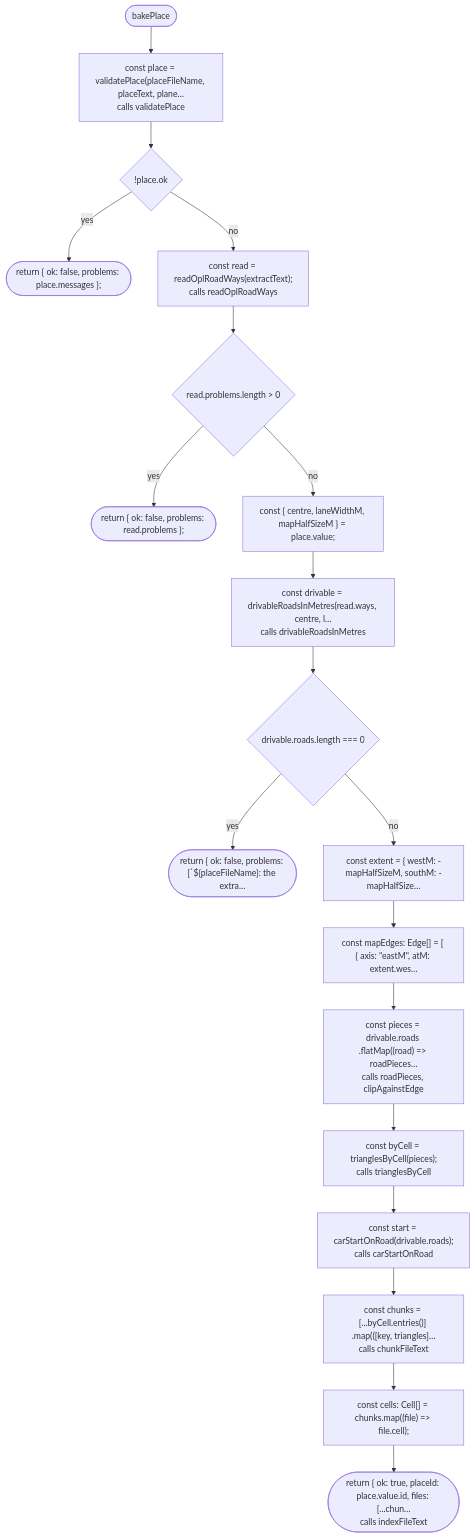
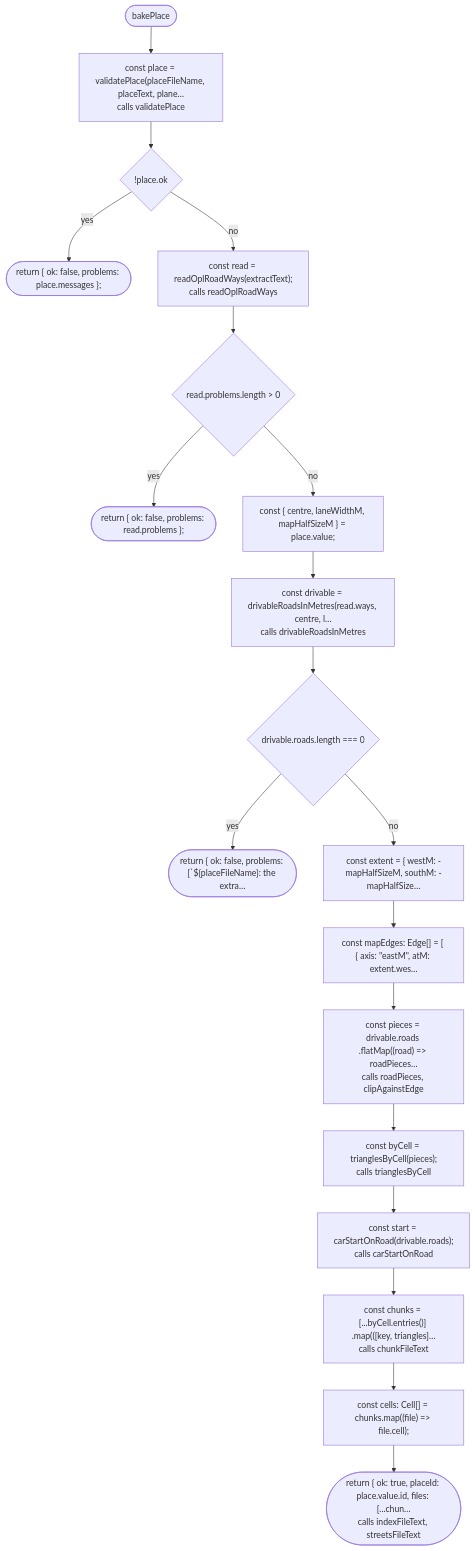
The first of 2 diagrams in docs/flows/tools/bake/bake.md (NewDara-Star/world-engine), drawn with Mermaid before and after one commit. The commit also changed 58 other files, not shown here.

````diff
--- a/docs/flows/tools/bake/bake.md
+++ b/docs/flows/tools/bake/bake.md
@@ -7,40 +7,40 @@
 ```mermaid
 flowchart TD
   n1(["bakePlace"])
   n2["const place = validatePlace(placeFileName, placeText, plane…<br/>calls validatePlace"]
   n3{"!place.ok"}
   n4(["return { ok: false, problems: place.messages };"])
   n5["const read = readOplRoadWays(extractText);<br/>calls readOplRoadWays"]
   n6{"read.problems.length #gt; 0"}
   n7(["return { ok: false, problems: read.problems };"])
   n8["const { centre, laneWidthM, mapHalfSizeM } = place.value;"]
   n9["const drivable = drivableRoadsInMetres(read.ways, centre, l…<br/>calls drivableRoadsInMetres"]
   n10{"drivable.roads.length === 0"}
   n11(["return { ok: false, problems: [#96;${placeFileName}: the extra…"])
   n12["const extent = { westM: -mapHalfSizeM, southM: -mapHalfSize…"]
   n13["const mapEdges: Edge[] = [ { axis: #quot;eastM#quot;, atM: extent.wes…"]
   n14["const pieces = drivable.roads .flatMap((road) =#gt; roadPieces…<br/>calls roadPieces, clipAgainstEdge"]
   n15["const byCell = trianglesByCell(pieces);<br/>calls trianglesByCell"]
   n16["const start = carStartOnRoad(drivable.roads);<br/>calls carStartOnRoad"]
   n17["const chunks = [...byCell.entries()] .map(([key, triangles]…<br/>calls chunkFileText"]
   n18["const cells: Cell[] = chunks.map((file) =#gt; file.cell);"]
-  n19(["return { ok: true, placeId: place.value.id, files: [...chun…<br/>calls indexFileText"])
+  n19(["return { ok: true, placeId: place.value.id, files: [...chun…<br/>calls indexFileText, streetsFileText"])
   n1 --> n2
   n2 --> n3
   n3 -->|"yes"| n4
   n3 -->|"no"| n5
   n5 --> n6
   n6 -->|"yes"| n7
   n6 -->|"no"| n8
   n8 --> n9
   n9 --> n10
   n10 -->|"yes"| n11
   n10 -->|"no"| n12
   n12 --> n13
   n13 --> n14
   n14 --> n15
   n15 --> n16
   n16 --> n17
   n17 --> n18
   n18 --> n19
 ```
````
